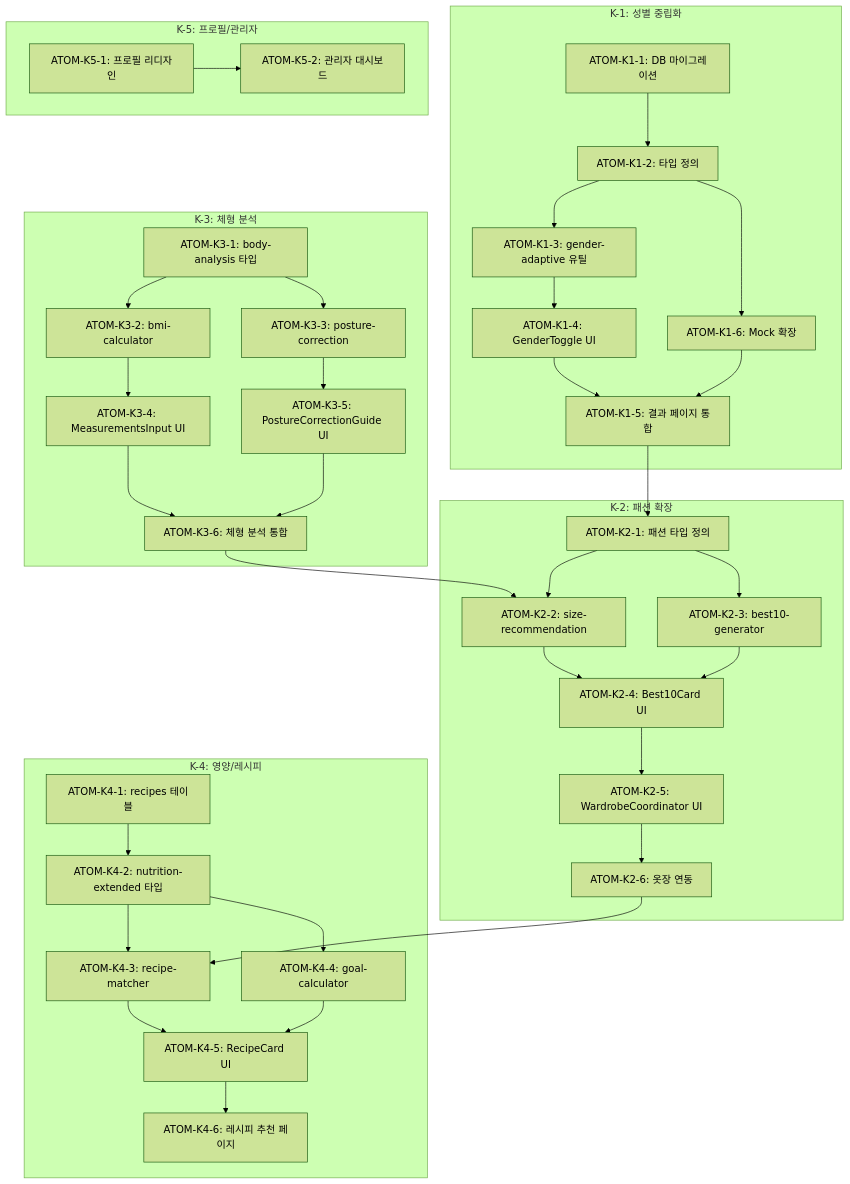
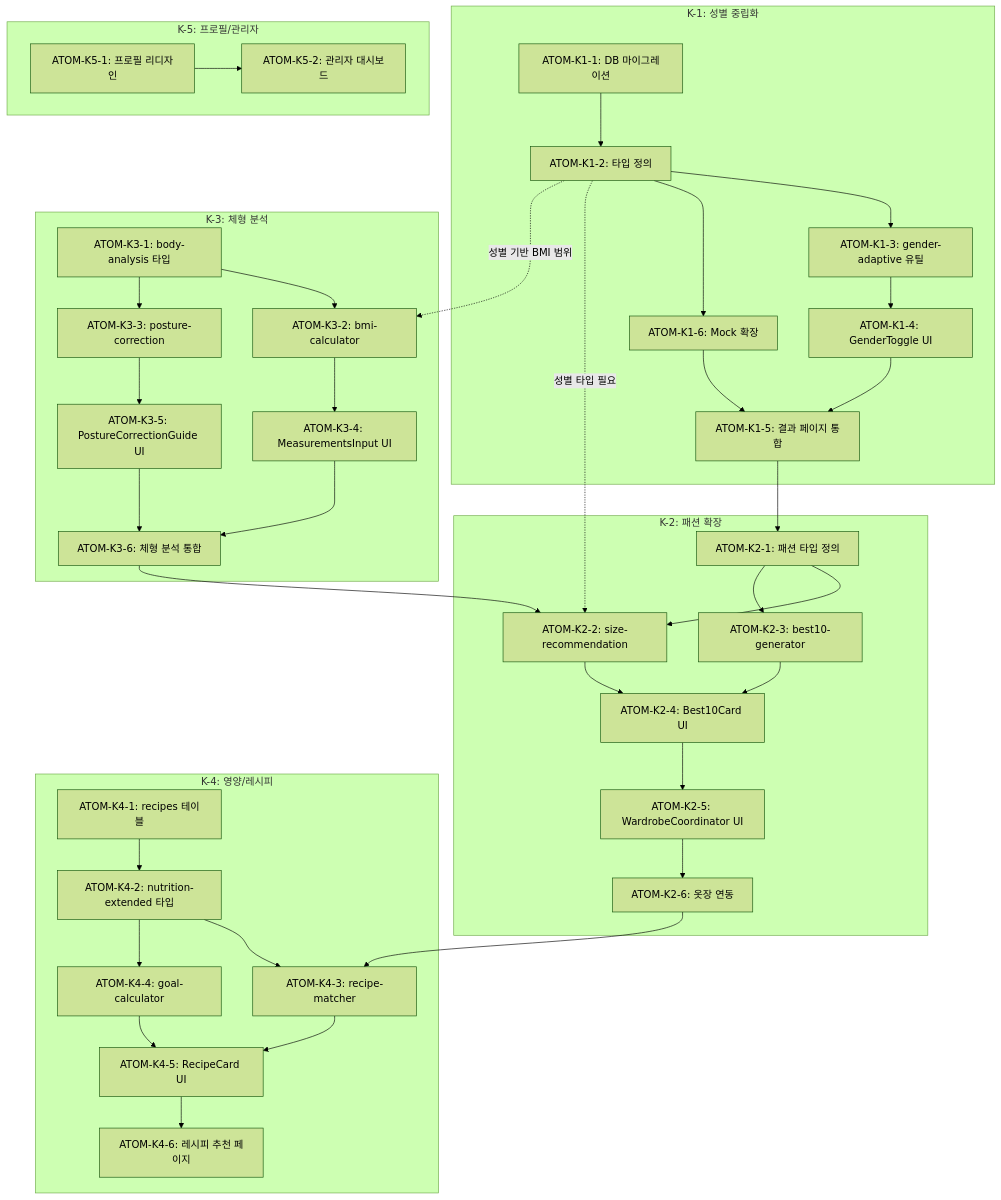
One commit to rlaqudals12-cell/yiroom changed the diagram in docs/specs/SDD-PHASE-K-COMPREHENSIVE-UPGRADE.md. Above: the diagram before and after it, drawn with Mermaid (forest theme). The commit also changed other lines of this file and 220 other files, not shown here.

````diff
--- a/docs/specs/SDD-PHASE-K-COMPREHENSIVE-UPGRADE.md
+++ b/docs/specs/SDD-PHASE-K-COMPREHENSIVE-UPGRADE.md
@@ -1453,46 +2085,50 @@
 ```mermaid
 graph TD
     subgraph K1["K-1: 성별 중립화"]
         K1A1[ATOM-K1-1: DB 마이그레이션] --> K1A2[ATOM-K1-2: 타입 정의]
         K1A2 --> K1A3[ATOM-K1-3: gender-adaptive 유틸]
         K1A3 --> K1A4[ATOM-K1-4: GenderToggle UI]
         K1A4 --> K1A5[ATOM-K1-5: 결과 페이지 통합]
         K1A2 --> K1A6[ATOM-K1-6: Mock 확장]
         K1A6 --> K1A5
     end
 
     subgraph K2["K-2: 패션 확장"]
         K2A1[ATOM-K2-1: 패션 타입 정의] --> K2A2[ATOM-K2-2: size-recommendation]
         K2A1 --> K2A3[ATOM-K2-3: best10-generator]
         K2A2 --> K2A4[ATOM-K2-4: Best10Card UI]
         K2A3 --> K2A4
         K2A4 --> K2A5[ATOM-K2-5: WardrobeCoordinator UI]
         K2A5 --> K2A6[ATOM-K2-6: 옷장 연동]
     end
 
     subgraph K3["K-3: 체형 분석"]
         K3A1[ATOM-K3-1: body-analysis 타입] --> K3A2[ATOM-K3-2: bmi-calculator]
         K3A1 --> K3A3[ATOM-K3-3: posture-correction]
         K3A2 --> K3A4[ATOM-K3-4: MeasurementsInput UI]
         K3A3 --> K3A5[ATOM-K3-5: PostureCorrectionGuide UI]
         K3A4 --> K3A6[ATOM-K3-6: 체형 분석 통합]
         K3A5 --> K3A6
     end
 
     subgraph K4["K-4: 영양/레시피"]
         K4A1[ATOM-K4-1: recipes 테이블] --> K4A2[ATOM-K4-2: nutrition-extended 타입]
         K4A2 --> K4A3[ATOM-K4-3: recipe-matcher]
         K4A2 --> K4A4[ATOM-K4-4: goal-calculator]
         K4A3 --> K4A5[ATOM-K4-5: RecipeCard UI]
         K4A4 --> K4A5
         K4A5 --> K4A6[ATOM-K4-6: 레시피 추천 페이지]
     end
 
     subgraph K5["K-5: 프로필/관리자"]
         K5A1[ATOM-K5-1: 프로필 리디자인] --> K5A2[ATOM-K5-2: 관리자 대시보드]
     end
 
     K1A5 --> K2A1
     K2A6 --> K4A3
     K3A6 --> K2A2
+
+    %% P1 이슈: 누락된 타입 의존성 추가 (2026-01-31)
+    K1A2 -.->|성별 타입 필요| K2A2
+    K1A2 -.->|성별 기반 BMI 범위| K3A2
 ```
````
